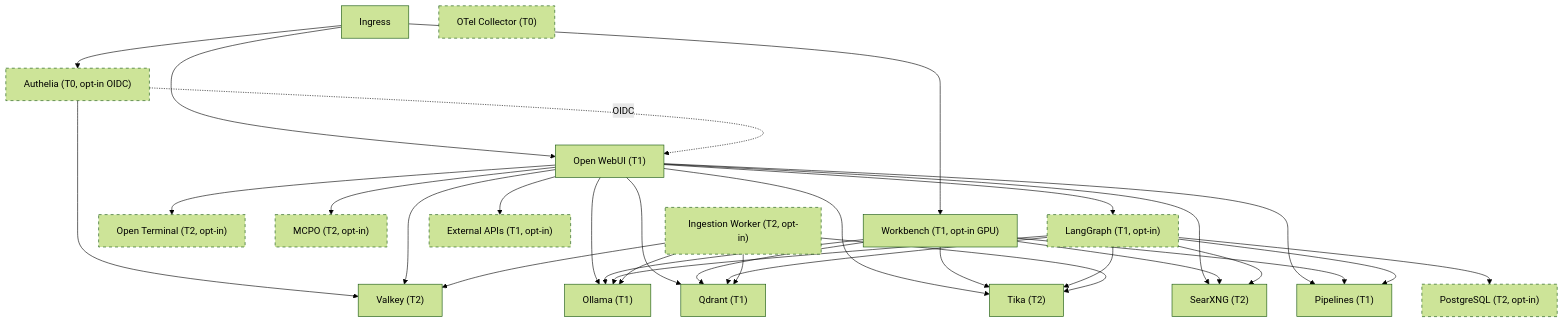
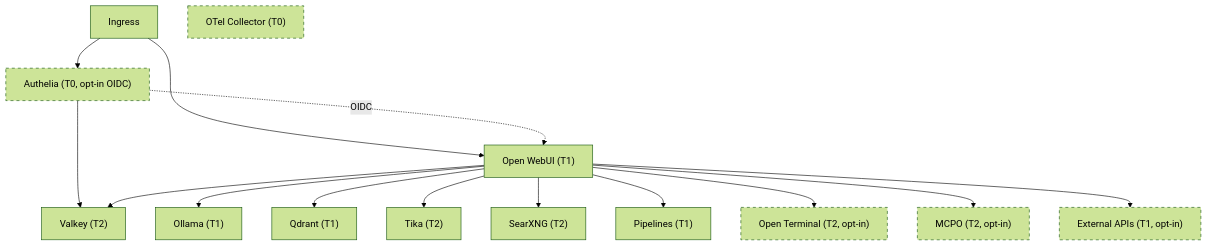
Before and after one commit to rmednitzer/ai-stack: the diagram in README.md, drawn with Mermaid (forest theme). The commit also changed other lines of this file and 8 other files, not shown here.

````diff
--- a/README.md
+++ b/README.md
@@ -11,50 +11,27 @@
 ```mermaid
 graph TD
   Ingress --> Authelia["Authelia (T0, opt-in OIDC)"]
   Ingress --> OpenWebUI["Open WebUI (T1)"]
-  Ingress --> Workbench["Workbench (T1, opt-in GPU)"]
 
   Authelia --> Valkey["Valkey (T2)"]
   Authelia -.->|OIDC| OpenWebUI
 
   OpenWebUI --> Ollama["Ollama (T1)"]
   OpenWebUI --> Qdrant["Qdrant (T1)"]
   OpenWebUI --> Tika["Tika (T2)"]
   OpenWebUI --> SearXNG["SearXNG (T2)"]
   OpenWebUI --> Valkey
   OpenWebUI --> Pipelines["Pipelines (T1)"]
 
-  Workbench --> Ollama
-  Workbench --> Qdrant
-  Workbench --> Pipelines
-  Workbench --> Tika
-  Workbench --> SearXNG
-
   OpenWebUI --> OpenTerminal["Open Terminal (T2, opt-in)"]
   OpenWebUI --> MCPO["MCPO (T2, opt-in)"]
-  OpenWebUI --> LangGraph["LangGraph (T1, opt-in)"]
   OpenWebUI --> ExternalAPIs["External APIs (T1, opt-in)"]
-
-  LangGraph --> Ollama
-  LangGraph --> Qdrant
-  LangGraph --> Tika
-  LangGraph --> SearXNG
-  LangGraph --> Pipelines
-  LangGraph --> Postgres["PostgreSQL (T2, opt-in)"]
-
-  IngestionWorker["Ingestion Worker (T2, opt-in)"] --> Valkey
-  IngestionWorker --> Tika
-  IngestionWorker --> Ollama
-  IngestionWorker --> Qdrant
 
   OTel["OTel Collector (T0)"]
 
   style OTel stroke-dasharray: 5 5
   style Authelia stroke-dasharray: 5 5
   style OpenTerminal stroke-dasharray: 5 5
   style MCPO stroke-dasharray: 5 5
-  style LangGraph stroke-dasharray: 5 5
-  style Postgres stroke-dasharray: 5 5
   style ExternalAPIs stroke-dasharray: 5 5
-  style IngestionWorker stroke-dasharray: 5 5
 ```
````
